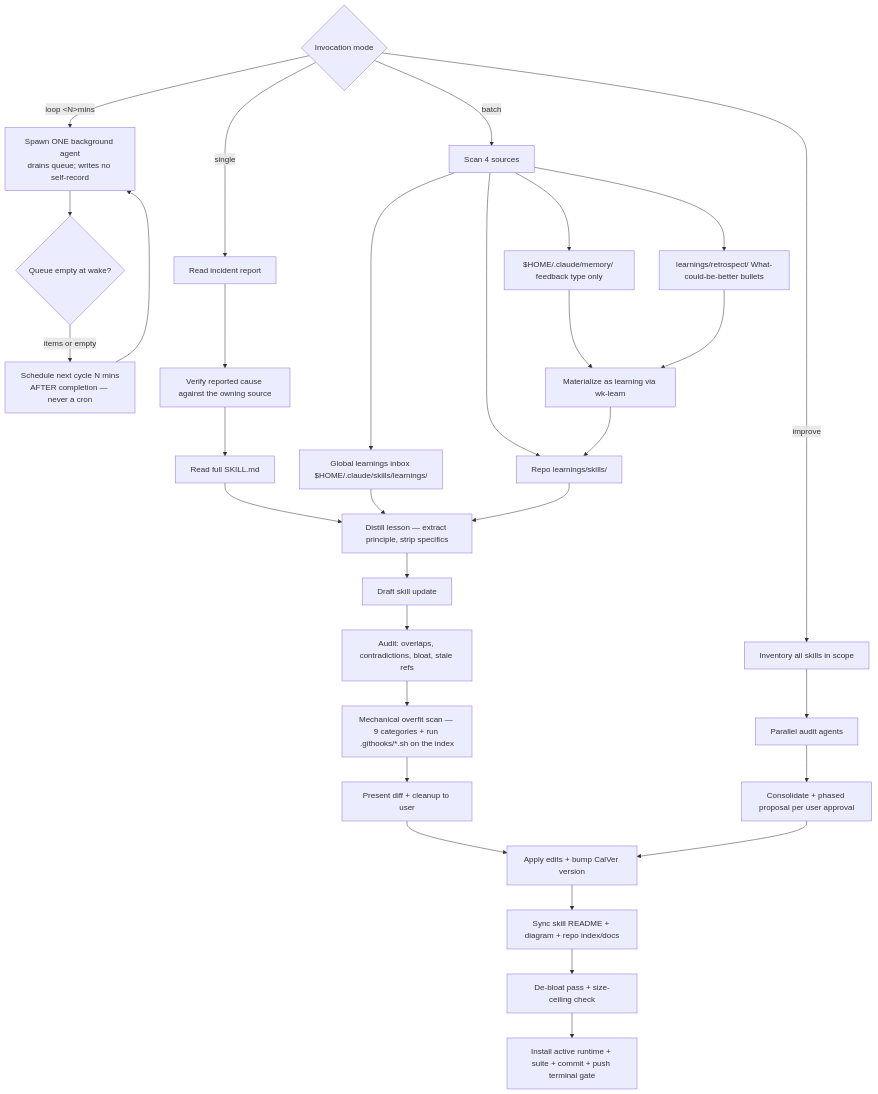
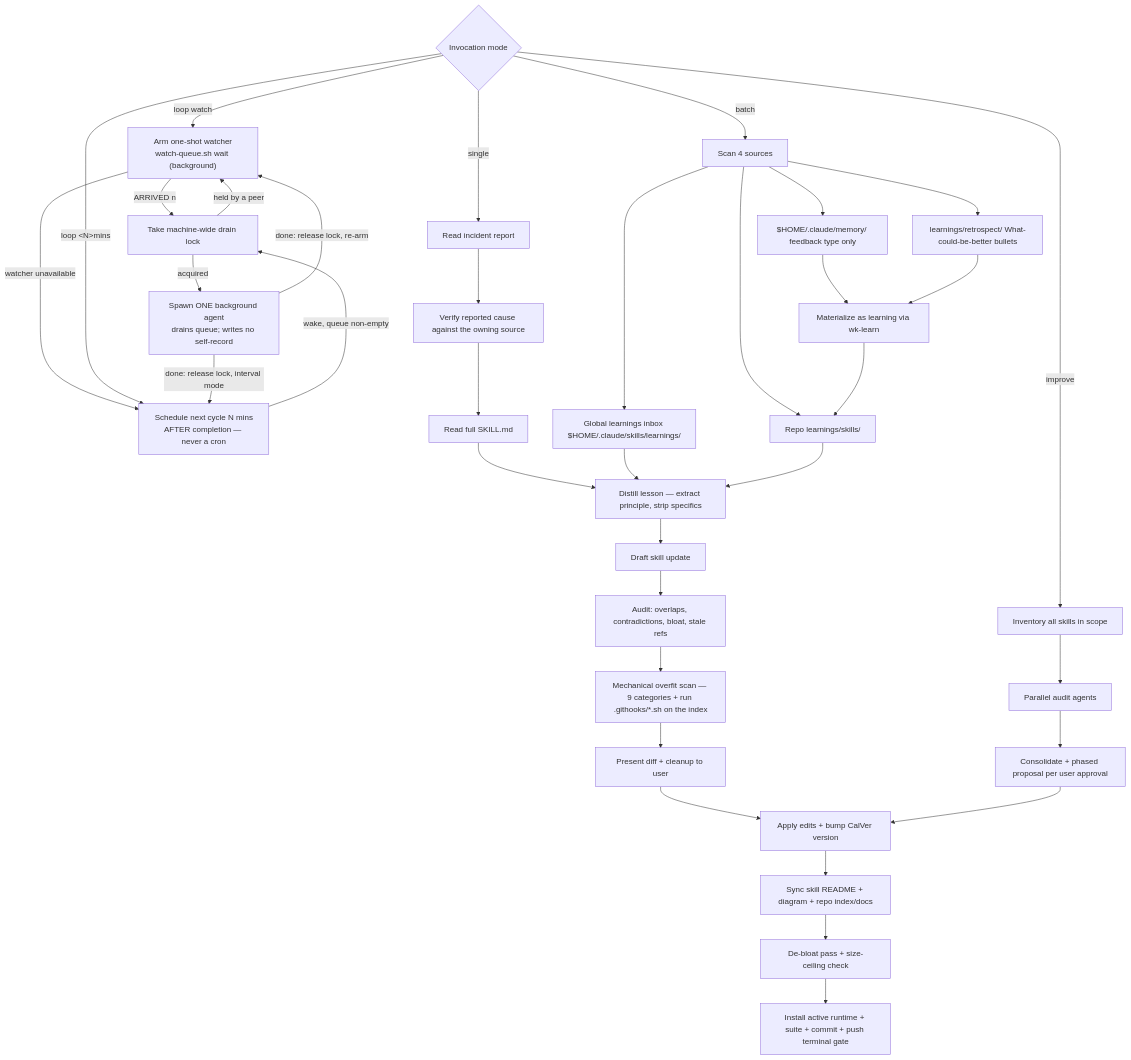
Before and after one commit to whizzzkid/skills: the diagram in skills/sharpen/README.md, drawn with Mermaid. The commit also changed other lines of this file and 4 other files, not shown here.

First line of the commit message:
feat(sharpen): 🔔 add loop watch mode that drains the queue on learning arrival instead of polling

````diff
--- a/skills/sharpen/README.md
+++ b/skills/sharpen/README.md
@@ -16,32 +16,37 @@
 ```mermaid
 flowchart TD
     A{Invocation mode} -->|single| B[Read incident report]
     A -->|batch| G[Scan 4 sources]
     A -->|improve| K[Inventory all skills in scope]
-    A -->|"loop &lt;N&gt;mins"| N1["Spawn ONE background agent<br/>drains queue; writes no self-record"]
-    N1 --> N2{"Queue empty at wake?"}
-    N2 -->|"items or empty"| N3["Schedule next cycle N mins<br/>AFTER completion — never a cron"]
-    N3 --> N1
+    A -->|"loop watch"| W1["Arm one-shot watcher<br/>watch-queue.sh wait (background)"]
+    W1 -->|"ARRIVED n"| NL["Take machine-wide drain lock"]
+    W1 -->|"watcher unavailable"| N3
+    A -->|"loop &lt;N&gt;mins"| N3["Schedule next cycle N mins<br/>AFTER completion — never a cron"]
+    N3 -->|"wake, queue non-empty"| NL
+    NL -->|"acquired"| N1["Spawn ONE background agent<br/>drains queue; writes no self-record"]
+    NL -->|"held by a peer"| W1
+    N1 -->|"done: release lock, re-arm"| W1
+    N1 -->|"done: release lock, interval mode"| N3
     B --> B2[Verify reported cause against the owning source]
     B2 --> C[Read full SKILL.md]
     C --> D[Distill lesson — extract principle, strip specifics]
     D --> E[Draft skill update]
     E --> F[Audit: overlaps, contradictions, bloat, stale refs]
     F --> F2[Mechanical overfit scan — 9 categories + run .githooks/*.sh on the index]
     F2 --> P[Present diff + cleanup to user]
     P --> Q[Apply edits + bump CalVer version]
     Q --> Q2[Sync skill README + diagram + repo index/docs]
     Q2 --> R[De-bloat pass + size-ceiling check]
     R --> S["Install active runtime + suite + commit + push terminal gate"]
     G --> G1[Global learnings inbox $HOME/.claude/skills/learnings/]
     G --> G2[Repo learnings/skills/]
     G --> G3[$HOME/.claude/memory/ feedback type only]
     G --> G4[learnings/retrospect/ What-could-be-better bullets]
     G3 --> GM[Materialize as learning via wk-learn]
     G4 --> GM
     GM --> G2
     G1 & G2 --> D
     K --> L[Parallel audit agents]
     L --> M[Consolidate + phased proposal per user approval]
     M --> Q
 ```
````
